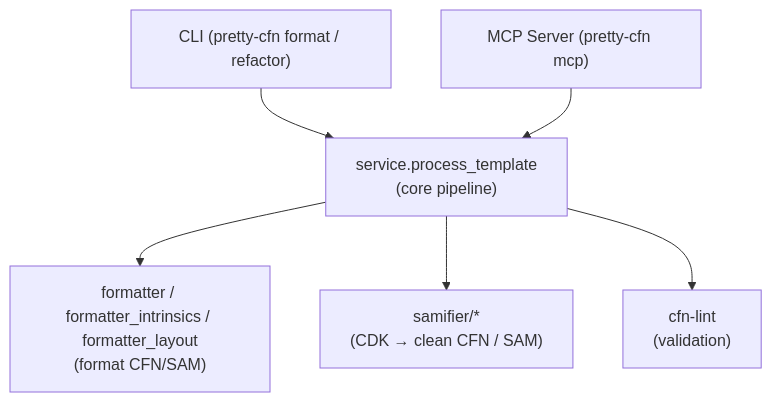
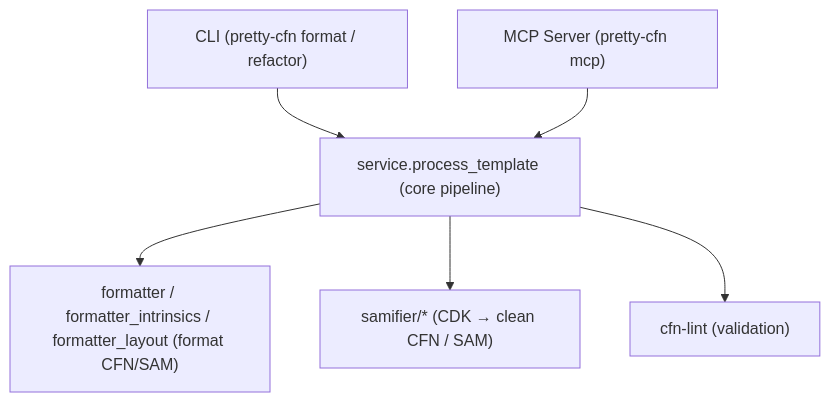
Before and after one commit to alessandrobologna/pretty-cfn: the diagram in README.md, drawn with Mermaid. The commit also changed other lines of this file, not shown here.

Commit message:
Update project name and improve README formatting

````diff
--- a/README.md
+++ b/README.md
@@ -205,15 +205,15 @@
 ```mermaid
 flowchart TD
     CLI["CLI (pretty-cfn format / refactor)"]
     MCP["MCP Server (pretty-cfn mcp)"]
-    SERVICE["service.process_template\n(core pipeline)"]
-    FORMATTER["formatter / formatter_intrinsics / formatter_layout\n(format CFN/SAM)"]
-    SAMIFIER["samifier/*\n(CDK → clean CFN / SAM)"]
-    LINT["cfn-lint\n(validation)"]
+    SERVICE["service.process_template (core pipeline)"]
+    FORMATTER["formatter / formatter_intrinsics / formatter_layout (format CFN/SAM)"]
+    SAMIFIER["samifier/* (CDK → clean CFN / SAM)"]
+    LINT["cfn-lint (validation)"]
 
     CLI --> SERVICE
     MCP --> SERVICE
     SERVICE --> FORMATTER
     SERVICE --> SAMIFIER
     SERVICE --> LINT
 ```
````
